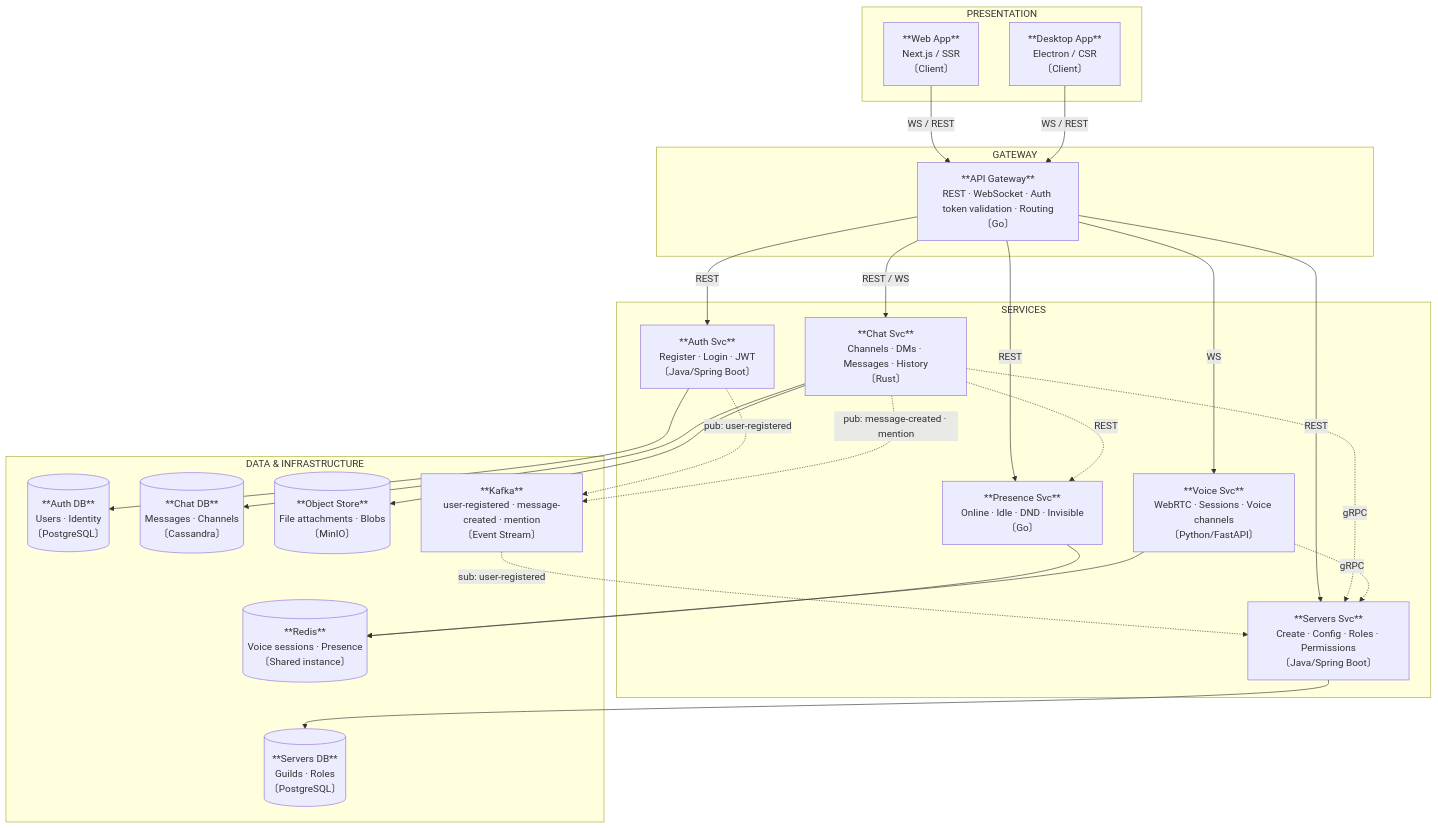
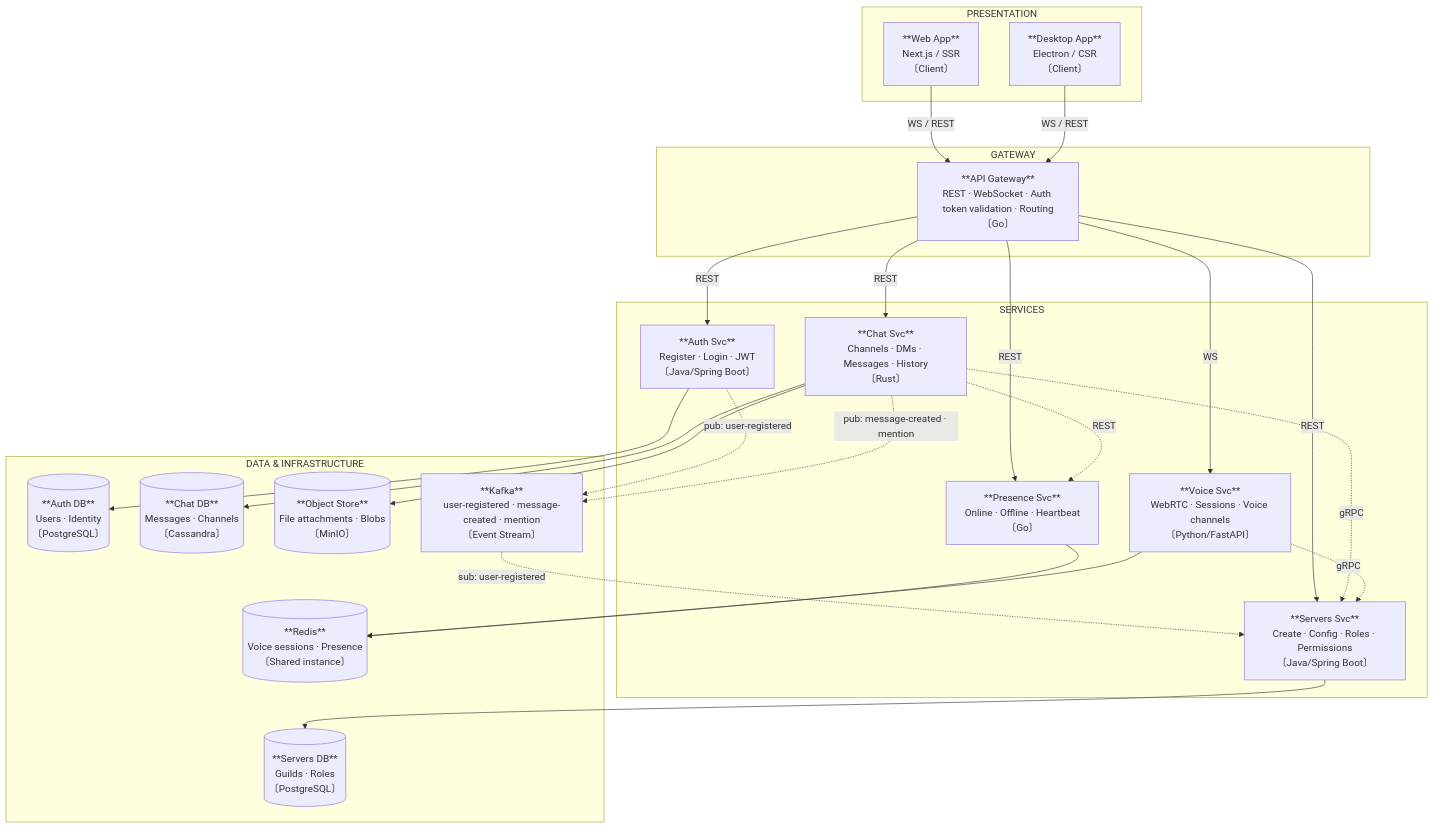
The diagram in docs/diagrams/c&c.mermaid (bashcas/concordia-chat-app), drawn with Mermaid before and after one commit. The commit also changed 2 other files, not shown here.

```diff
--- a/docs/diagrams/c&c.mermaid
+++ b/docs/diagrams/c&c.mermaid
@@ -1,50 +1,50 @@
 graph TD
 subgraph PRESENTATION["PRESENTATION"]
 WebApp["**Web App**\nNext.js / SSR\n〔Client〕"]
 DesktopApp["**Desktop App**\nElectron / CSR\n〔Client〕"]
 end
 
     subgraph GATEWAY["GATEWAY"]
         APIGateway["**API Gateway**\nREST · WebSocket · Auth token validation · Routing\n〔Go〕"]
     end
 
     subgraph SERVICES["SERVICES"]
         AuthSvc["**Auth Svc**\nRegister · Login · JWT\n〔Java/Spring Boot〕"]
         ChatSvc["**Chat Svc**\nChannels · DMs · Messages · History\n〔Rust〕"]
         ServersSvc["**Servers Svc**\nCreate · Config · Roles · Permissions\n〔Java/Spring Boot〕"]
         VoiceSvc["**Voice Svc**\nWebRTC · Sessions · Voice channels\n〔Python/FastAPI〕"]
-        PresenceSvc["**Presence Svc**\nOnline · Idle · DND · Invisible\n〔Go〕"]
+        PresenceSvc["**Presence Svc**\nOnline · Offline · Heartbeat\n〔Go〕"]
     end
 
     subgraph DATA["DATA & INFRASTRUCTURE"]
         AuthDB[("**Auth DB**\nUsers · Identity\n〔PostgreSQL〕")]
         ChatDB[("**Chat DB**\nMessages · Channels\n〔Cassandra〕")]
         ServersDB[("**Servers DB**\nGuilds · Roles\n〔PostgreSQL〕")]
         Redis[("**Redis**\nVoice sessions · Presence\n〔Shared instance〕")]
         ObjectStore[("**Object Store**\nFile attachments · Blobs\n〔MinIO〕")]
         Kafka["**Kafka**\nuser-registered · message-created · mention\n〔Event Stream〕"]
     end
 
     WebApp -- "WS / REST" --> APIGateway
     DesktopApp -- "WS / REST" --> APIGateway
 
     APIGateway -- "REST" --> AuthSvc
-    APIGateway -- "REST / WS" --> ChatSvc
+    APIGateway -- "REST" --> ChatSvc
     APIGateway -- "REST" --> ServersSvc
     APIGateway -- "WS" --> VoiceSvc
     APIGateway -- "REST" --> PresenceSvc
 
     ChatSvc -. "gRPC" .-> ServersSvc
     VoiceSvc -. "gRPC" .-> ServersSvc
     ChatSvc -. "REST" .-> PresenceSvc
 
     AuthSvc -. "pub: user-registered" .-> Kafka
     ChatSvc -. "pub: message-created · mention" .-> Kafka
     Kafka -. "sub: user-registered" .-> ServersSvc
 
     AuthSvc --> AuthDB
     ChatSvc --> ChatDB
     ChatSvc --> ObjectStore
     ServersSvc --> ServersDB
     VoiceSvc --> Redis
     PresenceSvc --> Redis
```
